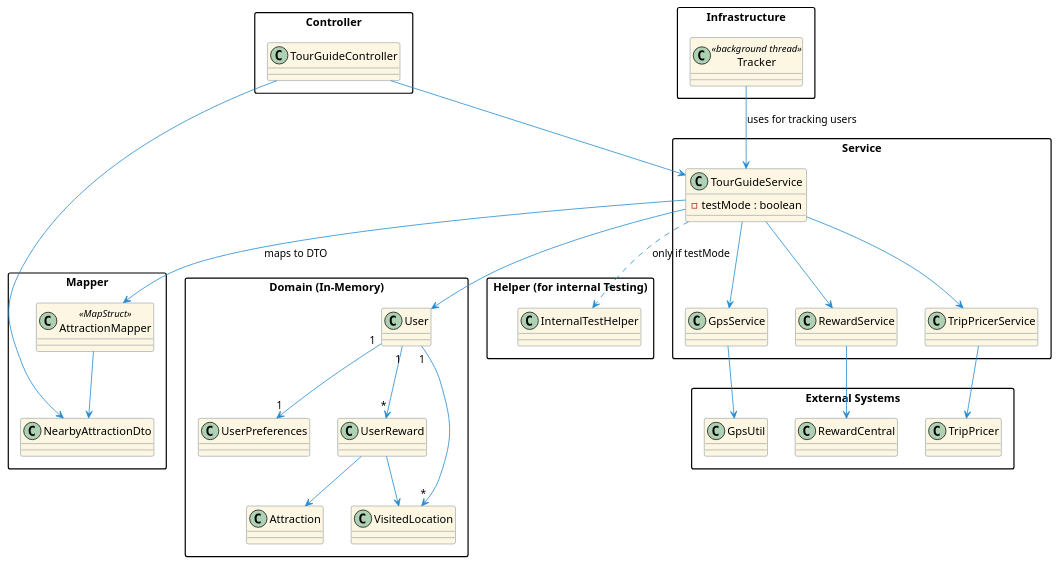
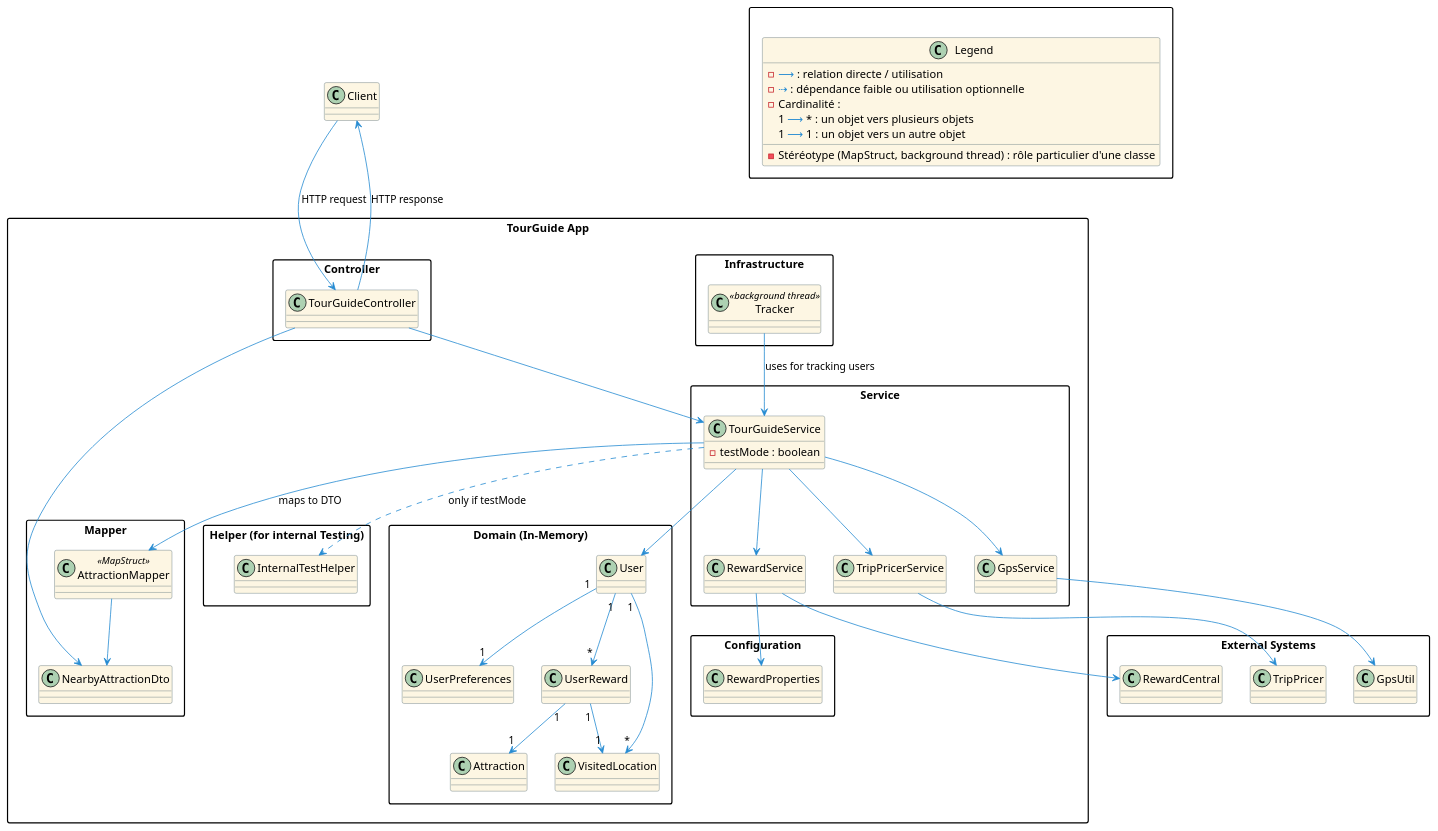
Before and after one commit to Lulippe-Hiboude/JavaPathENProject8: the diagram in TourGuide/docs/diagram/architecture.puml, drawn with PlantUML. The commit also changed 4 other files, not shown here.

Commit message:
feat(TG-13): update architecture schema and modify config in application-properties

```diff
--- a/TourGuide/docs/diagram/architecture.puml
+++ b/TourGuide/docs/diagram/architecture.puml
@@ -1,103 +1,133 @@
 @startuml
 
 ' ========================
 ' STYLE
 ' ========================
 
 skinparam packageStyle rectangle
 skinparam class {
   BackgroundColor #FDF6E3
   BorderColor #586E75
   ArrowColor #268BD2
 }
 
 ' ========================
-' CONTROLLER
+' APPLICATION PACKAGE
 ' ========================
-package "Controller" {
-  class TourGuideController
-}
+package "TourGuide App" {
 
-' ========================
-' MAPPER / DTO
-' ========================
-package "Mapper" {
-  class AttractionMapper <<MapStruct>>
-  class NearbyAttractionDto
+  ' CONTROLLER
+  package "Controller" {
+    class TourGuideController
+  }
 
-  AttractionMapper --> NearbyAttractionDto
-}
+  ' MAPPER / DTO
+  package "Mapper" {
+    class AttractionMapper <<MapStruct>>
+    class NearbyAttractionDto
 
-' ========================
-' SERVICES
-' ========================
-package "Service" {
-  class TourGuideService {
-    - testMode : boolean
+    AttractionMapper --> NearbyAttractionDto
   }
-  class GpsService
-  class RewardService
-  class TripPricerService
-}
 
-' ========================
-' INFRASTRUCTURE
-' ========================
-package "Infrastructure" {
+  ' SERVICES
+  package "Service" {
+    class TourGuideService {
+      - testMode : boolean
+    }
+    class GpsService
+    class RewardService
+    class TripPricerService
+  }
+
+  ' INFRASTRUCTURE
+  package "Infrastructure" {
     class Tracker <<background thread>>
     Tracker --> TourGuideService : uses for tracking users
-}
+  }
 
-' ========================
-' DOMAIN PERSISTENCES (IN MEMORY)
-' ========================
-package "Domain (In-Memory)" {
-  class User
-  class UserPreferences
-  class UserReward
-  class VisitedLocation
-  class Attraction
+  ' DOMAIN PERSISTENCES
+  package "Domain (In-Memory)" {
+    class User
+    class UserPreferences
+    class UserReward
+    class VisitedLocation
+    class Attraction
 
-  User "1" --> "*" VisitedLocation
-  User "1" --> "*" UserReward
-  User "1" --> "1" UserPreferences
+    User "1" --> "*" VisitedLocation
+    User "1" --> "*" UserReward
+    User "1" --> "1" UserPreferences
 
-  UserReward --> VisitedLocation
-  UserReward --> Attraction
+    UserReward "1" --> "1" VisitedLocation
+    UserReward "1" --> "1" Attraction
+  }
+
+  ' TEST SUPPORT
+  package "Helper (for internal Testing)" {
+    class InternalTestHelper
+  }
+
+  ' CONFIGURATION
+  package "Configuration" {
+    class RewardProperties
+  }
+
 }
 
 ' ========================
 ' EXTERNAL SYSTEMS
 ' ========================
 package "External Systems" {
   class GpsUtil
   class RewardCentral
   class TripPricer
 }
 
-' ========================
-' TEST SUPPORT
-' ========================
-package "Helper (for internal Testing)" {
-  class InternalTestHelper
-}
 
 ' ========================
-' RELATIONS
+' CLIENT
+' ========================
+class Client
+
+' ========================
+' RELATIONS INTERNES
 ' ========================
 TourGuideController --> TourGuideService
 TourGuideController --> NearbyAttractionDto
 TourGuideService --> AttractionMapper : maps to DTO
 TourGuideService --> GpsService
 TourGuideService --> RewardService
 TourGuideService --> TripPricerService
 
+TourGuideService --> User
+TourGuideService ..> InternalTestHelper : only if testMode
+
+' ========================
+' RELATIONS VERS L'EXTÉRIEUR
+' ========================
 GpsService --> GpsUtil
 RewardService --> RewardCentral
+RewardService --> RewardProperties
 TripPricerService --> TripPricer
 
-TourGuideService --> User
 
-TourGuideService ..> InternalTestHelper : only if testMode
+' ========================
+' RELATIONS AVEC CLIENT
+' ========================
+Client --> TourGuideController : HTTP request
+TourGuideController --> Client : HTTP response
+
+' ========================
+' LEGEND
+' ========================
+package  as LegendBox {
+  class Legend {
+  - <color:#268BD2>⟶</color> : relation directe / utilisation
+  - <color:#268BD2>⇢</color> : dépendance faible ou utilisation optionnelle
+  - Cardinalité :
+        1 <color:#268BD2>⟶</color> * : un objet vers plusieurs objets
+        1 <color:#268BD2>⟶</color> 1 : un objet vers un autre objet
+  - Stéréotype (MapStruct, background thread) : rôle particulier d'une classe
+  }
+}
 
 @enduml
```
